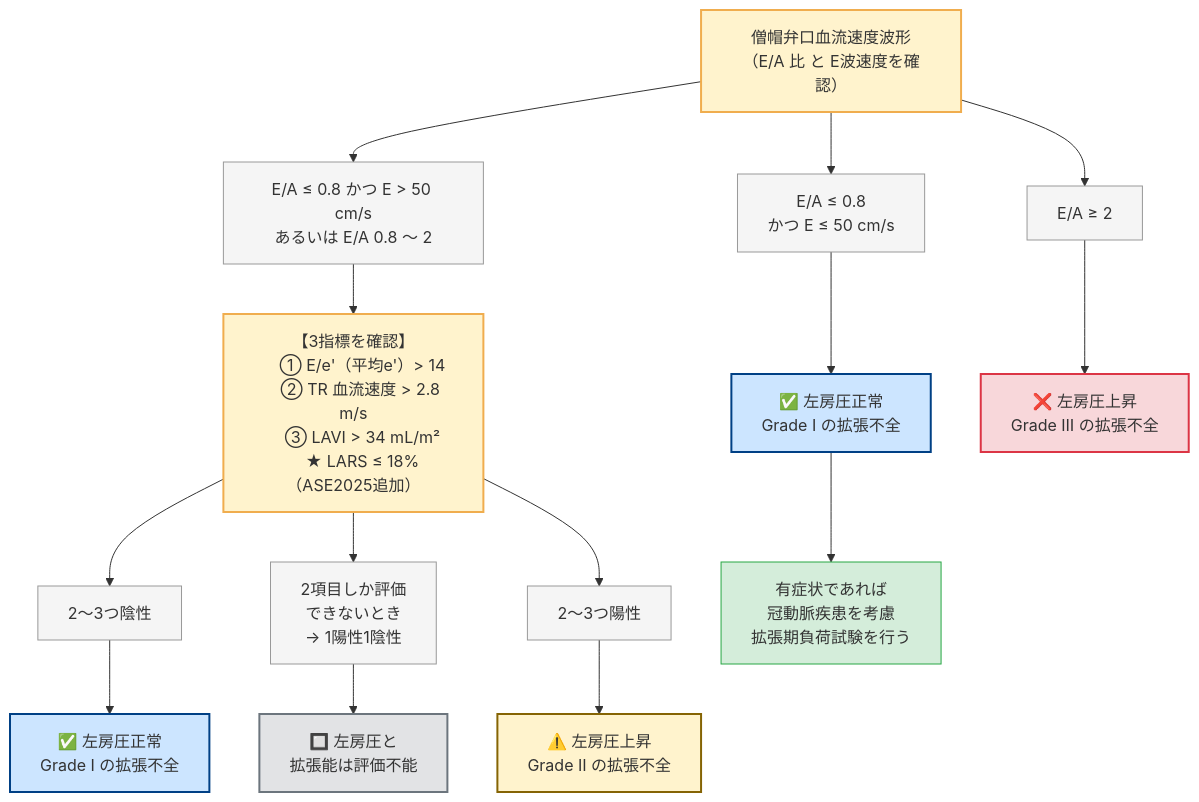
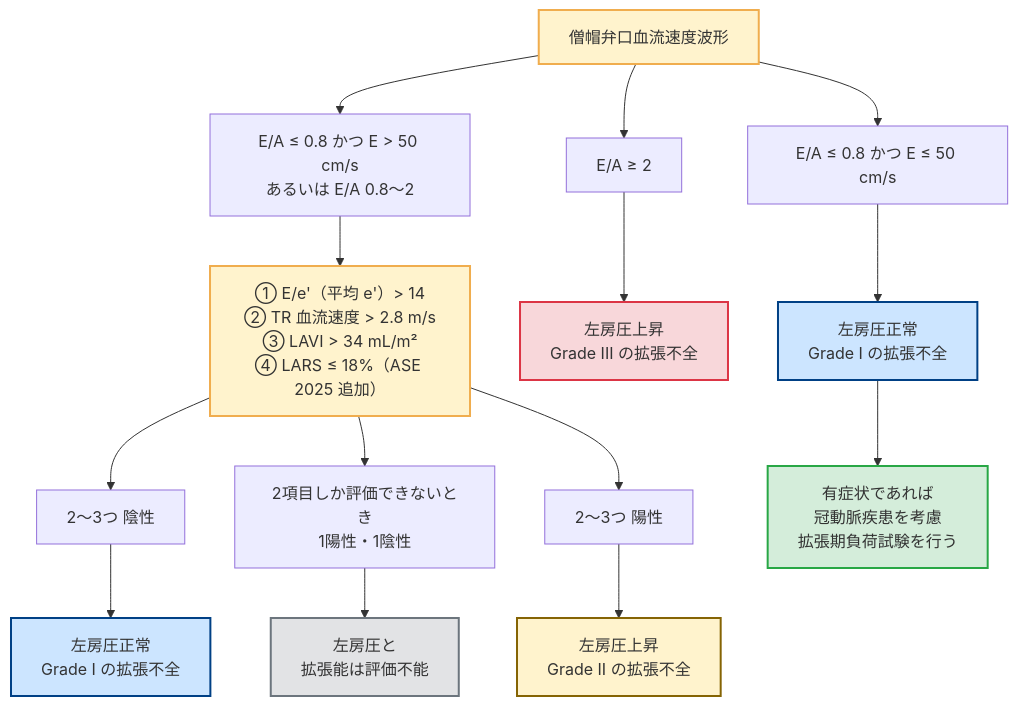
The second of 2 diagrams in 心エコーデジタル教科書/03_心機能評価/02_左室拡張能の評価アルゴリズム_ASE2025_LARS.md (hiro-git-create/fukubu-echo), drawn with Mermaid before and after one commit. The commit also changed other lines of this file, not shown here.

Commit message:
Fix Mermaid syntax for Obsidian compatibility (remove multiline nodes)

````diff
--- a/心エコーデジタル教科書/03_心機能評価/02_左室拡張能の評価アルゴリズム_ASE2025_LARS.md
+++ b/心エコーデジタル教科書/03_心機能評価/02_左室拡張能の評価アルゴリズム_ASE2025_LARS.md
@@ -70,43 +54,25 @@
 ```mermaid
 graph TD
-    TOP["僧帽弁口血流速度波形<br>（E/A 比 と E波速度を確認）"]
-
-    TOP --> EA_LOW["E/A ≤ 0.8<br>かつ E ≤ 50 cm/s"]
-    TOP --> EA_MID["E/A ≤ 0.8 かつ E > 50 cm/s<br>あるいは E/A 0.8 〜 2"]
+    TOP["僧帽弁口血流速度波形"]
+    TOP --> EA_LOW["E/A ≤ 0.8 かつ E ≤ 50 cm/s"]
+    TOP --> EA_MID["E/A ≤ 0.8 かつ E > 50 cm/s<br/>あるいは E/A 0.8〜2"]
     TOP --> EA_HIGH["E/A ≥ 2"]
-
-    EA_LOW --> G1A["✅ 左房圧正常<br>Grade Ⅰ の拡張不全"]
-
-    EA_MID --> CRIT2["【3指標を確認】
-    ① E/e'（平均e'）> 14
-    ② TR 血流速度 > 2.8 m/s
-    ③ LAVI > 34 mL/m²
-    ★ LARS ≤ 18%（ASE2025追加）"]
-
-    CRIT2 --> C_NO["2〜3つ陰性"]
-    CRIT2 --> C_UNABLE["2項目しか評価<br>できないとき<br>→ 1陽性1陰性"]
-    CRIT2 --> C_YES["2〜3つ陽性"]
-
-    C_NO --> G1B["✅ 左房圧正常<br>Grade Ⅰ の拡張不全"]
-    C_UNABLE --> GX["🔲 左房圧と<br>拡張能は評価不能"]
-    C_YES --> G2["⚠️ 左房圧上昇<br>Grade Ⅱ の拡張不全"]
-
-    EA_HIGH --> G3["❌ 左房圧上昇<br>Grade Ⅲ の拡張不全"]
-
-    G1A --> NOTE["有症状であれば<br>冠動脈疾患を考慮<br>拡張期負荷試験を行う"]
-
+    EA_LOW --> G1A["左房圧正常<br/>Grade I の拡張不全"]
+    EA_HIGH --> G3["左房圧上昇<br/>Grade III の拡張不全"]
+    EA_MID --> CRIT2["① E/e'（平均 e'）> 14<br/>② TR 血流速度 > 2.8 m/s<br/>③ LAVI > 34 mL/m²<br/>④ LARS ≤ 18%（ASE 2025 追加）"]
+    CRIT2 --> CN["2〜3つ 陰性"]
+    CRIT2 --> CU["2項目しか評価できないとき<br/>1陽性・1陰性"]
+    CRIT2 --> CP["2〜3つ 陽性"]
+    CN --> G1B["左房圧正常<br/>Grade I の拡張不全"]
+    CU --> GX["左房圧と<br/>拡張能は評価不能"]
+    CP --> G2["左房圧上昇<br/>Grade II の拡張不全"]
+    G1A --> NOTE["有症状であれば<br/>冠動脈疾患を考慮<br/>拡張期負荷試験を行う"]
     style TOP fill:#fff3cd,stroke:#f0ad4e,stroke-width:2px
-    style EA_LOW fill:#f5f5f5,stroke:#999
-    style EA_MID fill:#f5f5f5,stroke:#999
-    style EA_HIGH fill:#f5f5f5,stroke:#999
     style CRIT2 fill:#fff3cd,stroke:#f0ad4e,stroke-width:2px
-    style C_NO fill:#f5f5f5,stroke:#999
-    style C_UNABLE fill:#f5f5f5,stroke:#999
-    style C_YES fill:#f5f5f5,stroke:#999
     style G1A fill:#cce5ff,stroke:#004085,stroke-width:2px
     style G1B fill:#cce5ff,stroke:#004085,stroke-width:2px
     style GX fill:#e2e3e5,stroke:#6c757d,stroke-width:2px
     style G2 fill:#fff3cd,stroke:#856404,stroke-width:2px
     style G3 fill:#f8d7da,stroke:#dc3545,stroke-width:2px
-    style NOTE fill:#d4edda,stroke:#28a745
+    style NOTE fill:#d4edda,stroke:#28a745,stroke-width:2px
 ```
````
